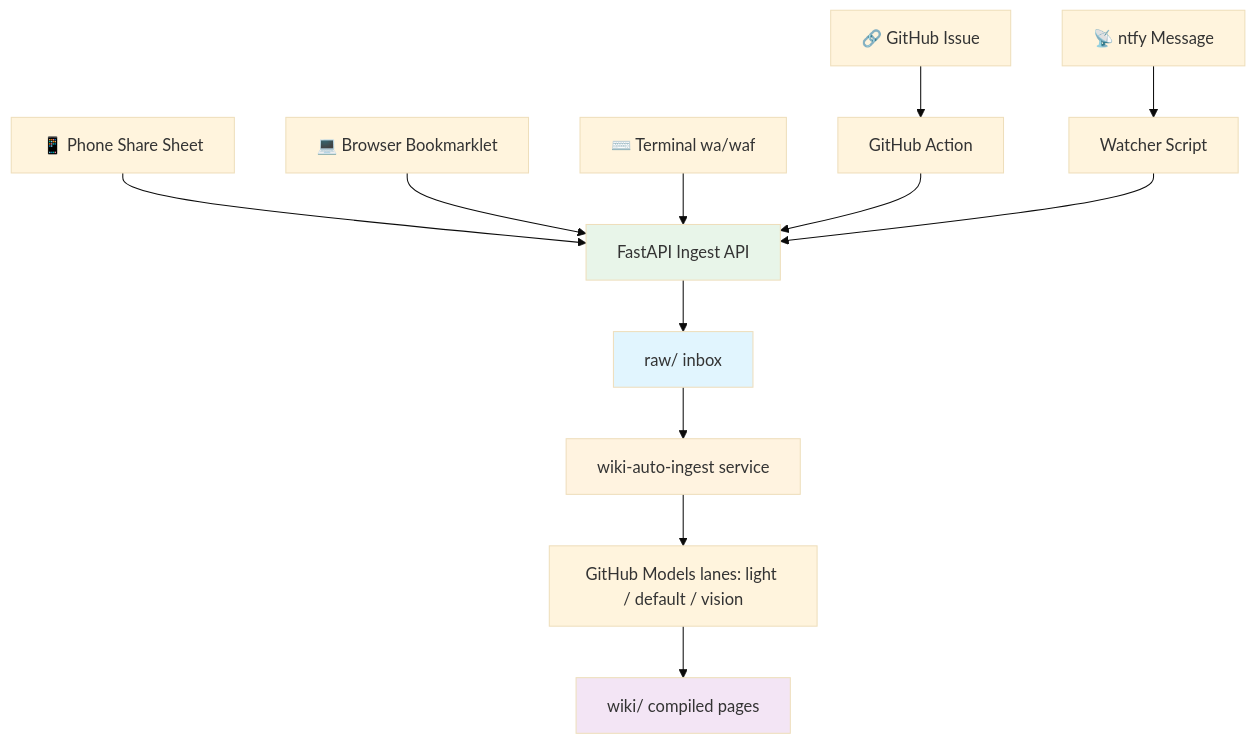
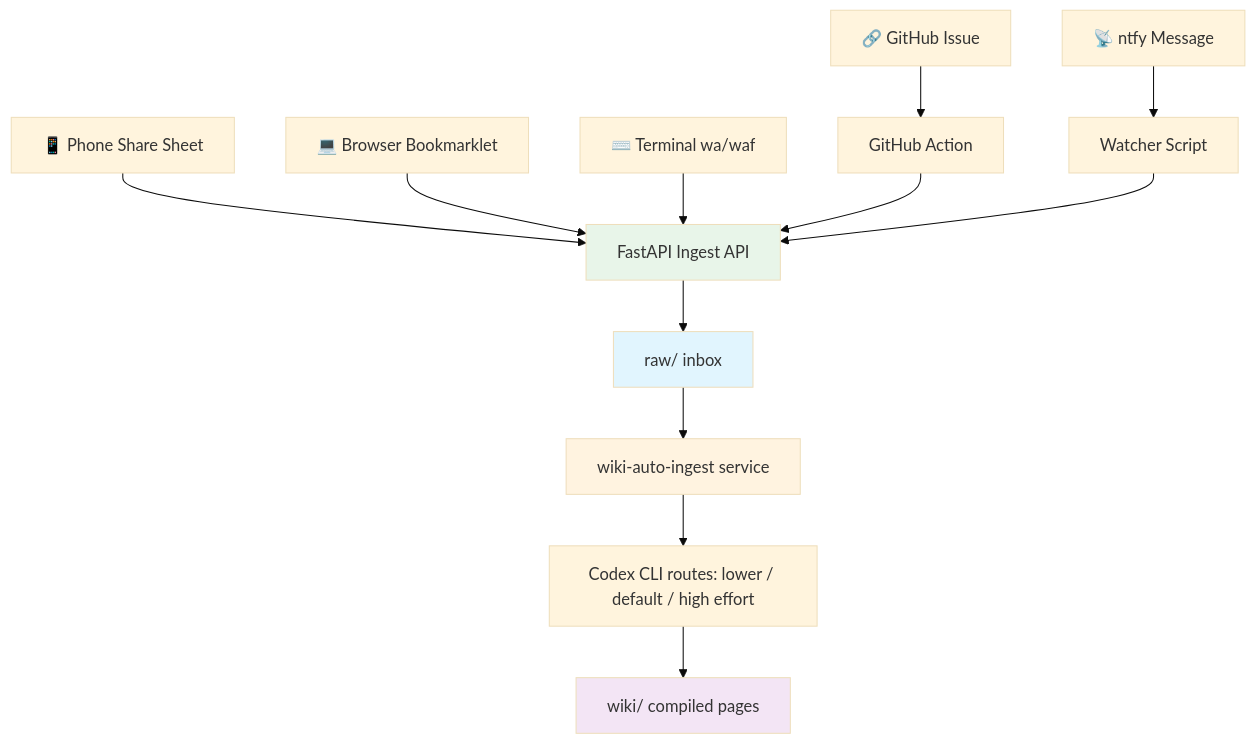
Before and after one commit to jbl306/labs-wiki: the third of 3 diagrams in docs/architecture.md, drawn with Mermaid (base theme). The commit also changed other lines of this file and 13 other files, not shown here.

Commit message:
feat: switch wiki ingest to codex cli

````diff
--- a/docs/architecture.md
+++ b/docs/architecture.md
@@ -112,18 +112,18 @@
 ```mermaid
 flowchart TB
     PHONE[📱 Phone Share Sheet] --> API
     BROWSER[💻 Browser Bookmarklet] --> API
     CLI[⌨️ Terminal wa/waf] --> API
     GITHUB[🔗 GitHub Issue] --> ACTION[GitHub Action] --> API
     NTFY[📡 ntfy Message] --> WATCHER[Watcher Script] --> API
 
     API[FastAPI Ingest API] --> RAW[raw/ inbox]
     RAW --> AUTO[wiki-auto-ingest service]
-    AUTO --> LLM[GitHub Models lanes: light / default / vision]
+    AUTO --> LLM[Codex CLI routes: lower / default / high effort]
     LLM --> WIKI[wiki/ compiled pages]
 
     style API fill:#e8f5e9
     style RAW fill:#e1f5fe
     style AUTO fill:#fff3e0
     style WIKI fill:#f3e5f5
 ```
````
